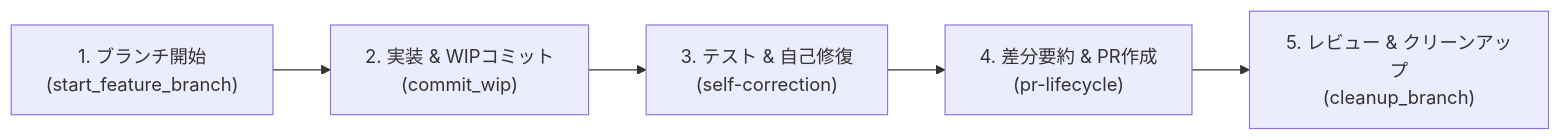
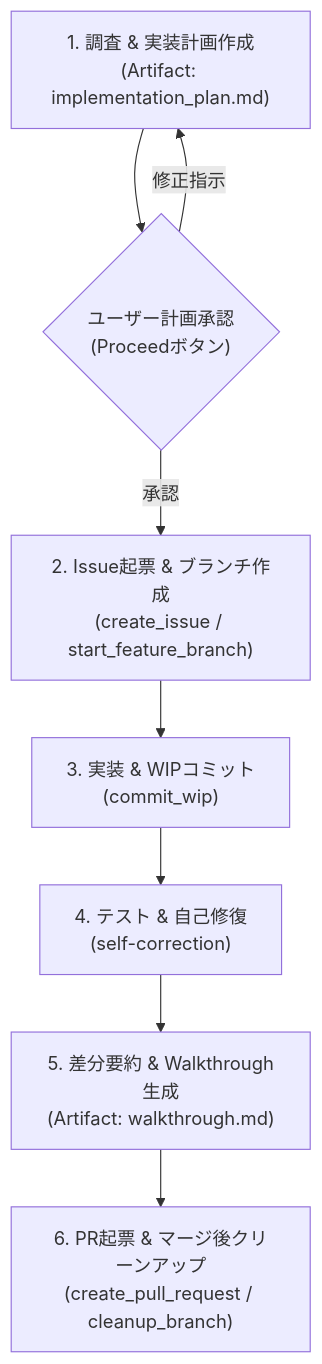
The diagram in .agents/skills/workflow/SKILL.md (nebula121/AIDD_Template), drawn with Mermaid before and after one commit. The commit also changed other lines of this file and 2 other files, not shown here.

Commit message:
wip: Enhance workflow skill with mandatory issue/branching and Artifacts integration (Ref: #1)

````diff
--- a/.agents/skills/workflow/SKILL.md
+++ b/.agents/skills/workflow/SKILL.md
@@ -19,7 +21,10 @@
 ```mermaid
-flowchart LR
-    Branch["1. ブランチ開始<br/>(start_feature_branch)"] --> Impl["2. 実装 & WIPコミット<br/>(commit_wip)"]
-    Impl --> Test["3. テスト & 自己修復<br/>(self-correction)"]
-    Test --> PR["4. 差分要約 & PR作成<br/>(pr-lifecycle)"]
-    PR --> Review["5. レビュー & クリーンアップ<br/>(cleanup_branch)"]
+flowchart TD
+    Step1["1. 調査 & 実装計画作成<br/>(Artifact: implementation_plan.md)"] --> Approve{"ユーザー計画承認<br/>(Proceedボタン)"}
+    Approve -- 承認 --> Step2["2. Issue起票 & ブランチ作成<br/>(create_issue / start_feature_branch)"]
+    Step2 --> Step3["3. 実装 & WIPコミット<br/>(commit_wip)"]
+    Step3 --> Step4["4. テスト & 自己修復<br/>(self-correction)"]
+    Step4 --> Step5["5. 差分要約 & Walkthrough生成<br/>(Artifact: walkthrough.md)"]
+    Step5 --> Step6["6. PR起票 & マージ後クリーンアップ<br/>(create_pull_request / cleanup_branch)"]
+    Approve -- 修正指示 --> Step1
 ```
````
